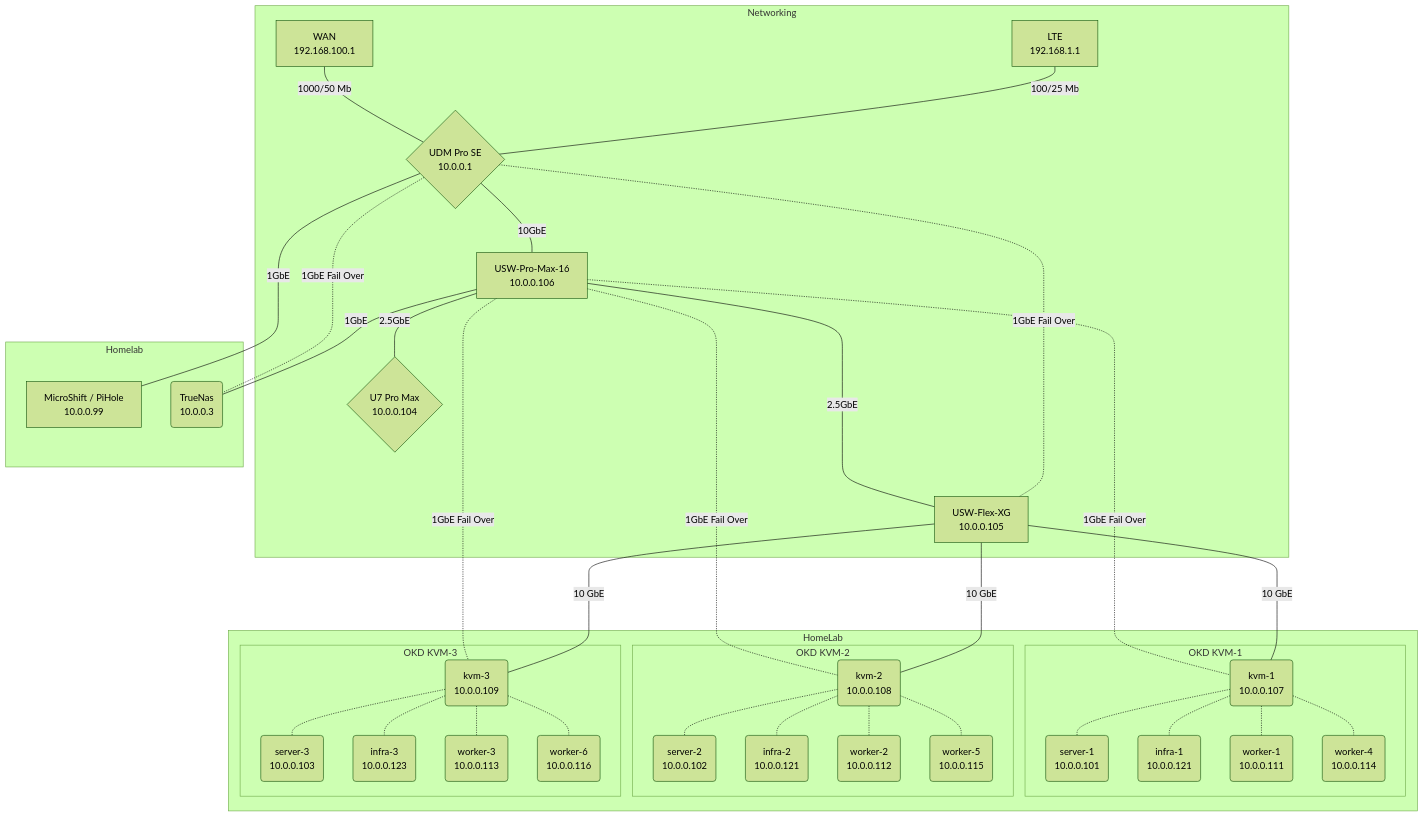
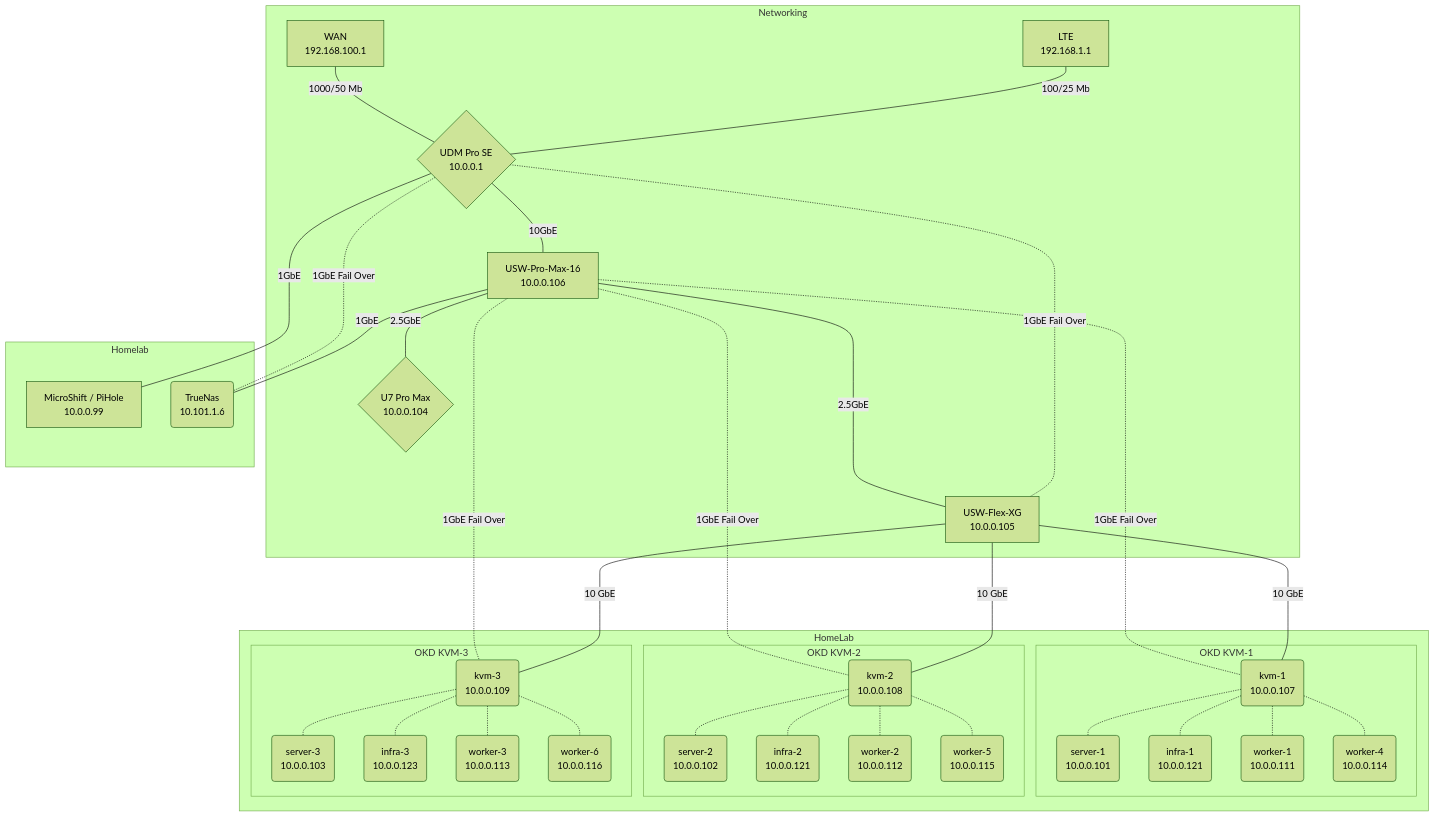
One commit to ArthurVardevanyan/HomeLab changed the diagram in README.md. Above: the diagram before and after it, drawn with Mermaid (forest theme). The commit also changed 24 other files, not shown here.

Commit message:
feat(TrueNas): VLAN Change (#141)

````diff
--- a/README.md
+++ b/README.md
@@ -98,48 +98,48 @@
 ```mermaid
 graph TD
  linkStyle default interpolate basis
 
 subgraph Networking
 wan1[<center>WAN<br>192.168.100.1</center>]---|1000/50 Mb|router{<center>UDM Pro SE<br>10.0.0.1</center>}
 wan2[<center>LTE<br>192.168.1.1</center>]---|100/25 Mb|router
 router---|10GbE|switch1[<center>USW-Pro-Max-16<br>10.0.0.106</center>]
 switch1----|2.5GbE|switch10[<center>USW-Flex-XG<br>10.0.0.105</center>]
 switch1---|2.5GbE|ap2{<center>U7 Pro Max<br>10.0.0.104</center>}
 router-.-|1GbE Fail Over|switch10[<center>USW-Flex-XG<br>10.0.0.105</center>]
 end
 
 subgraph Homelab
 router----|1GbE|microshift[<center>MicroShift / PiHole<br>10.0.0.99</center>]
-router-.-|1GbE Fail Over|truenas(<center>TrueNas<br>10.0.0.3</center>)
+router-.-|1GbE Fail Over|truenas(<center>TrueNas<br>10.101.1.6</center>)
 end
 
 subgraph HomeLab
     switch1-.-|1GbE Fail Over|kvm-1(<center>kvm-1<br>10.0.0.107</center>)
     switch1-.-|1GbE Fail Over|kvm-2(<center>kvm-2<br>10.0.0.108</center>)
     switch1-.-|1GbE Fail Over|kvm-3(<center>kvm-3<br>10.0.0.109</center>)
-    switch1---|1GbE|truenas(<center>TrueNas<br>10.0.0.3</center>)
+    switch1---|1GbE|truenas(<center>TrueNas<br>10.101.1.6</center>)
 
 
     switch10----|10 GbE|kvm-1(<center>kvm-1<br>10.0.0.107</center>)
     switch10----|10 GbE|kvm-2(<center>kvm-2<br>10.0.0.108</center>)
     switch10----|10 GbE|kvm-3(<center>kvm-3<br>10.0.0.109</center>)
     subgraph OKD KVM-1
         kvm-1-.-server-1(<center>server-1<br>10.0.0.101</center>)
         kvm-1-.-infra-1(<center>infra-1<br>10.0.0.121</center>)
         kvm-1-.-worker-1(<center>worker-1<br>10.0.0.111</center>)
         kvm-1-.-worker-4(<center>worker-4<br>10.0.0.114</center>)
     end
     subgraph OKD KVM-2
         kvm-2-.-server-2(<center>server-2<br>10.0.0.102</center>)
         kvm-2-.-infra-2(<center>infra-2<br>10.0.0.121</center>)
         kvm-2-.-worker-2(<center>worker-2<br>10.0.0.112</center>)
         kvm-2-.-worker-5(<center>worker-5<br>10.0.0.115</center>)
     end
     subgraph OKD KVM-3
         kvm-3-.-server-3(<center>server-3<br>10.0.0.103</center>)
         kvm-3-.-infra-3(<center>infra-3<br>10.0.0.123</center>)
         kvm-3-.-worker-3(<center>worker-3<br>10.0.0.113</center>)
         kvm-3-.-worker-6(<center>worker-6<br>10.0.0.116</center>)
     end
 end
 ```
````
